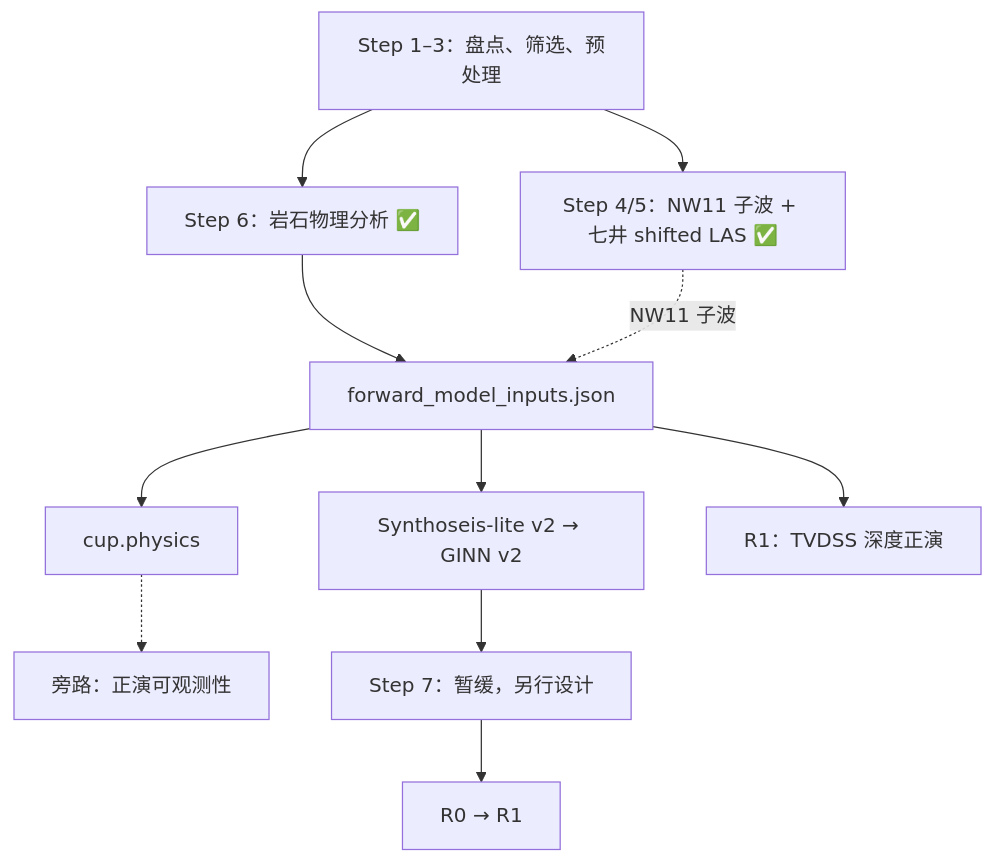
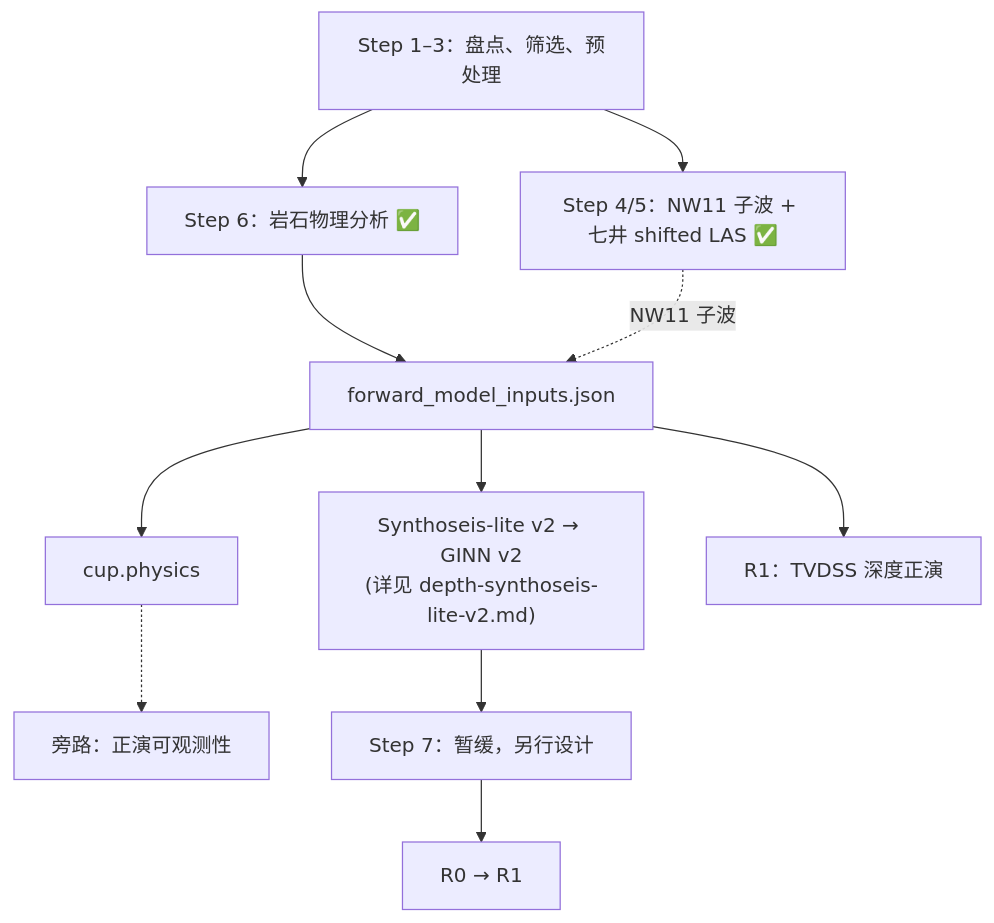
Before and after one commit to oimero/inversion_workflow: the diagram in docs/spec/DEPTH_DOMAIN_FORWARD_REFACTOR.md, drawn with Mermaid. The commit also changed other lines of this file and 2 other files, not shown here.

````diff
--- a/docs/spec/DEPTH_DOMAIN_FORWARD_REFACTOR.md
+++ b/docs/spec/DEPTH_DOMAIN_FORWARD_REFACTOR.md
@@ -387,13 +414,13 @@
 ```mermaid
 flowchart TD
     A["Step 1–3：盘点、筛选、预处理"] --> B["Step 4/5：NW11 子波 + 七井 shifted LAS ✅"]
     A --> C["Step 6：岩石物理分析 ✅"]
     C --> D["forward_model_inputs.json"]
     B -.->|NW11 子波| D
     D --> E["cup.physics"]
-    D --> F["Synthoseis-lite v2 → GINN v2"]
+    D --> F["Synthoseis-lite v2 → GINN v2<br/>(详见 depth-synthoseis-lite-v2.md)"]
     D --> G["R1：TVDSS 深度正演"]
     E -.-> H["旁路：正演可观测性"]
     F --> I["Step 7：暂缓，另行设计"]
     I --> J["R0 → R1"]
 ```
````
